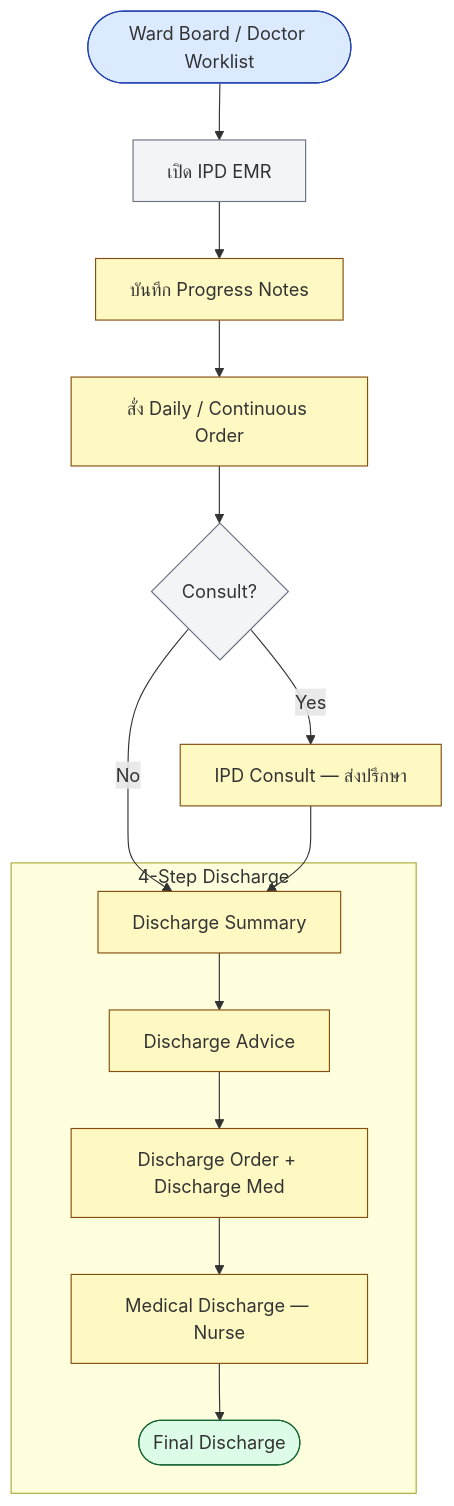
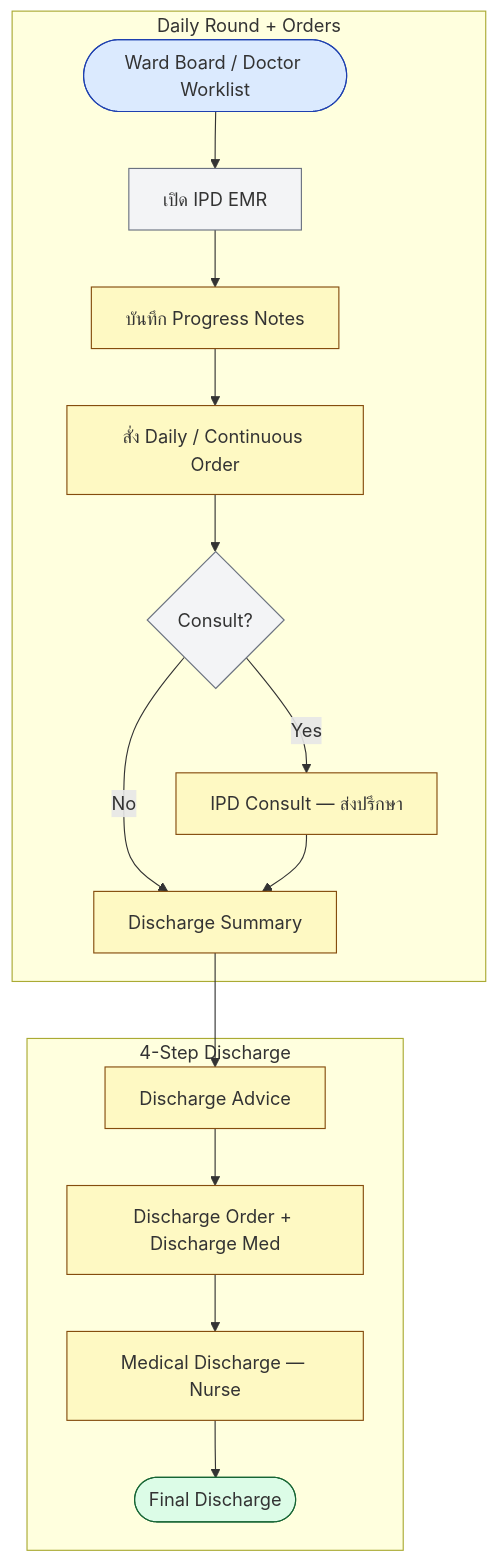
The diagram in public/charts/ipd-doctor-emr-workflow.mmd (npnatt12/KMCH-HIS-Wiki), drawn with Mermaid before and after one commit. The commit also changed 80 other files, not shown here.

First line of the commit message:
feat(charts): restructure all flowcharts with subgraph phases for balanced layout

```diff
--- a/public/charts/ipd-doctor-emr-workflow.mmd
+++ b/public/charts/ipd-doctor-emr-workflow.mmd
@@ -1,25 +1,27 @@
 graph TB
-  A([Ward Board / Doctor Worklist]) --> B[เปิด IPD EMR]
-  B --> C[บันทึก Progress Notes]
-  C --> D[สั่ง Daily / Continuous Order]
-  D --> E{Consult?}
-  E -->|Yes| F[IPD Consult — ส่งปรึกษา]
-  E -->|No| G[Discharge Summary]
-  F --> G
+  subgraph DailyRound["Daily Round + Orders"]
+    A([Ward Board / Doctor Worklist]) --> B[เปิด IPD EMR]
+    B --> C[บันทึก Progress Notes]
+    C --> D[สั่ง Daily / Continuous Order]
+    D --> E{Consult?}
+    E -->|Yes| F[IPD Consult — ส่งปรึกษา]
+    E -->|No| G[Discharge Summary]
+    F --> G
+  end
   subgraph Discharge[4-Step Discharge]
     G --> H[Discharge Advice]
     H --> I[Discharge Order + Discharge Med]
     I --> J[Medical Discharge — Nurse]
     J --> K([Final Discharge])
   end
   style A fill:#dbeafe,stroke:#1e40af
   style B fill:#f3f4f6,stroke:#6b7280
   style C fill:#fef9c3,stroke:#854d0e
   style D fill:#fef9c3,stroke:#854d0e
   style E fill:#f3f4f6,stroke:#6b7280
   style F fill:#fef9c3,stroke:#854d0e
   style G fill:#fef9c3,stroke:#854d0e
   style H fill:#fef9c3,stroke:#854d0e
   style I fill:#fef9c3,stroke:#854d0e
   style J fill:#fef9c3,stroke:#854d0e
   style K fill:#dcfce7,stroke:#166534
```
